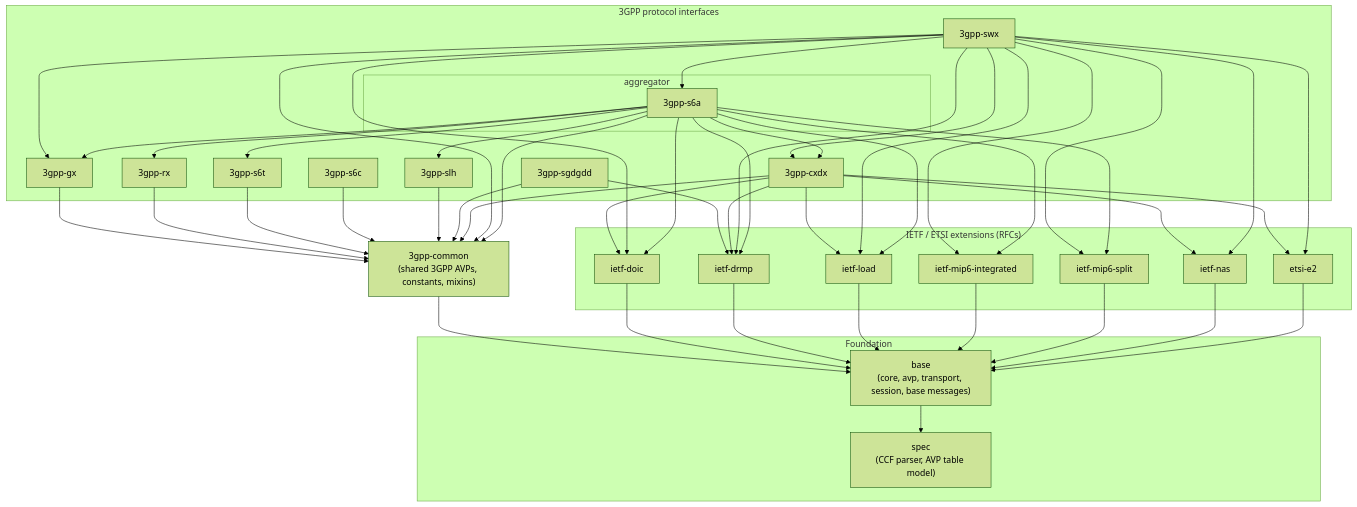
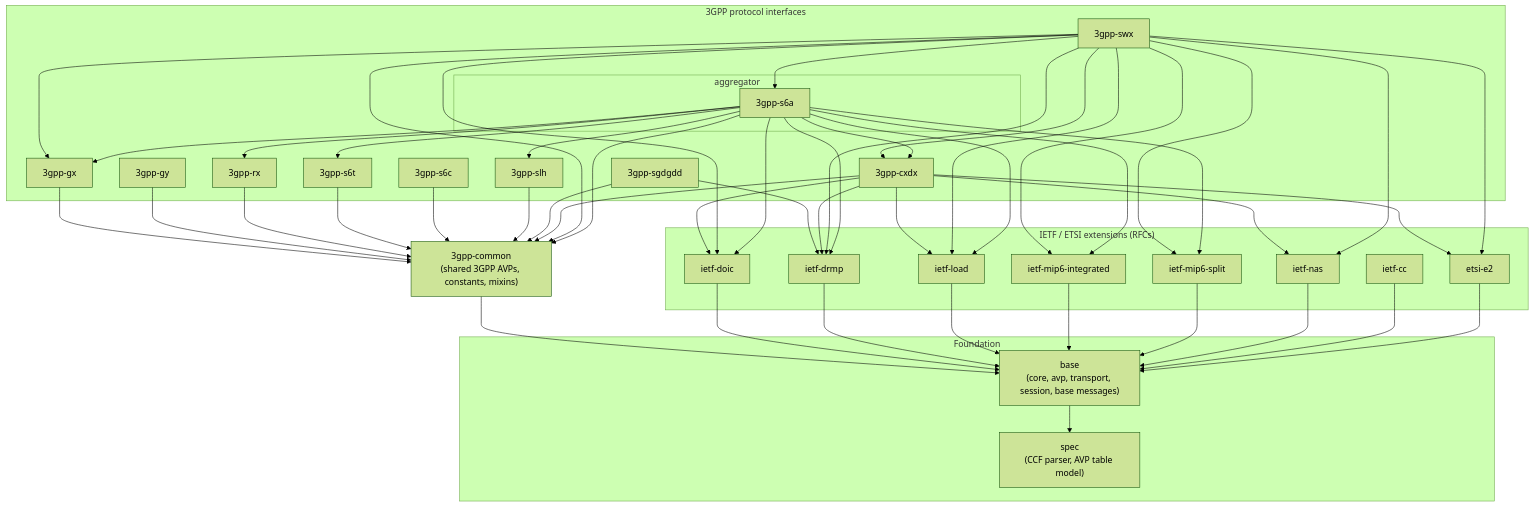
The diagram in README.md (sipgate/sparta-diameter), drawn with Mermaid (forest theme) before and after one commit. The commit also changed other lines of this file, not shown here.

```diff
--- a/README.md
+++ b/README.md
@@ -106,6 +113,7 @@
         mip6i["ietf-mip6-integrated"]
         mip6s["ietf-mip6-split"]
         nas["ietf-nas"]
+        cc["ietf-cc"]
         e2["etsi-e2"]
     end
 
@@ -113,6 +121,7 @@
 
     subgraph protocols["3GPP protocol interfaces"]
         gx["3gpp-gx"]
+        gy["3gpp-gy"]
         rx["3gpp-rx"]
         s6t["3gpp-s6t"]
         s6c["3gpp-s6c"]
@@ -136,9 +145,11 @@
     mip6i --> base
     mip6s --> base
     nas --> base
+    cc --> base
     e2 --> base
 
     gx --> common
+    gy --> common
     rx --> common
     s6t --> common
     s6c --> common
```
